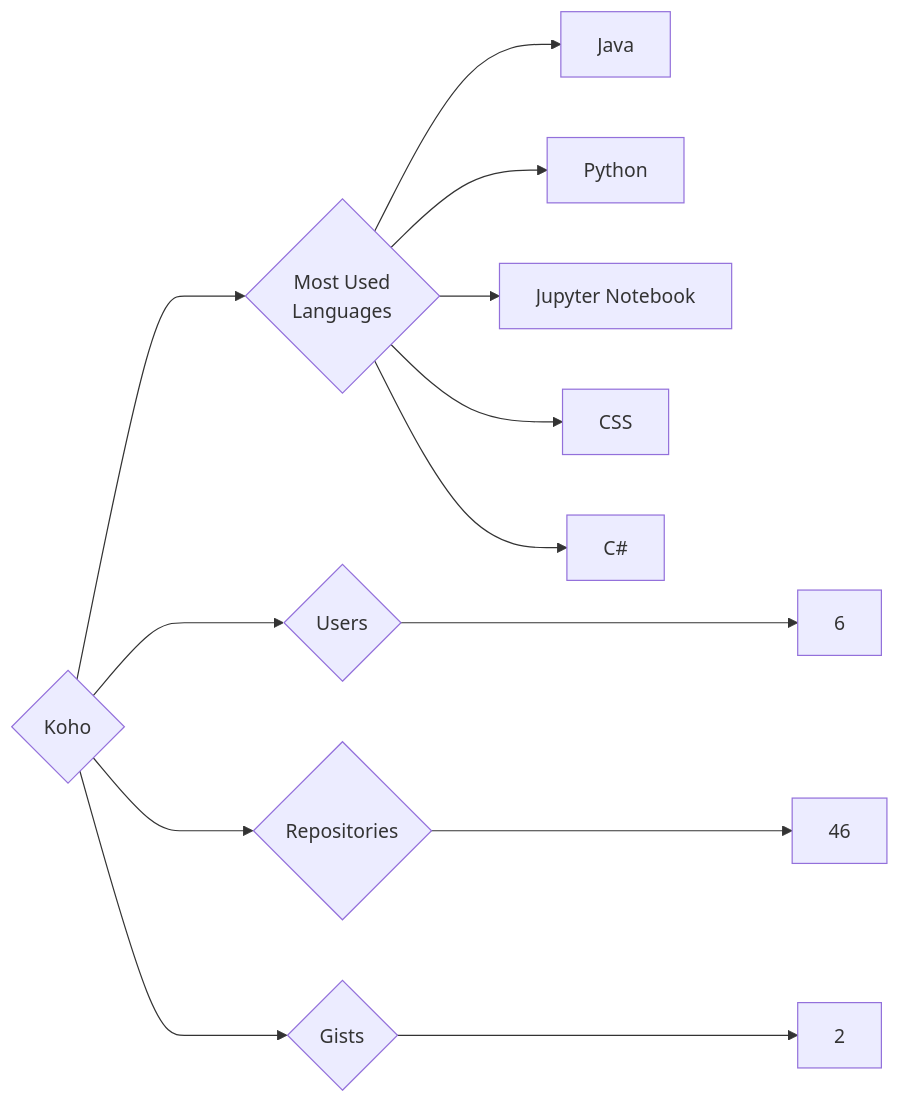
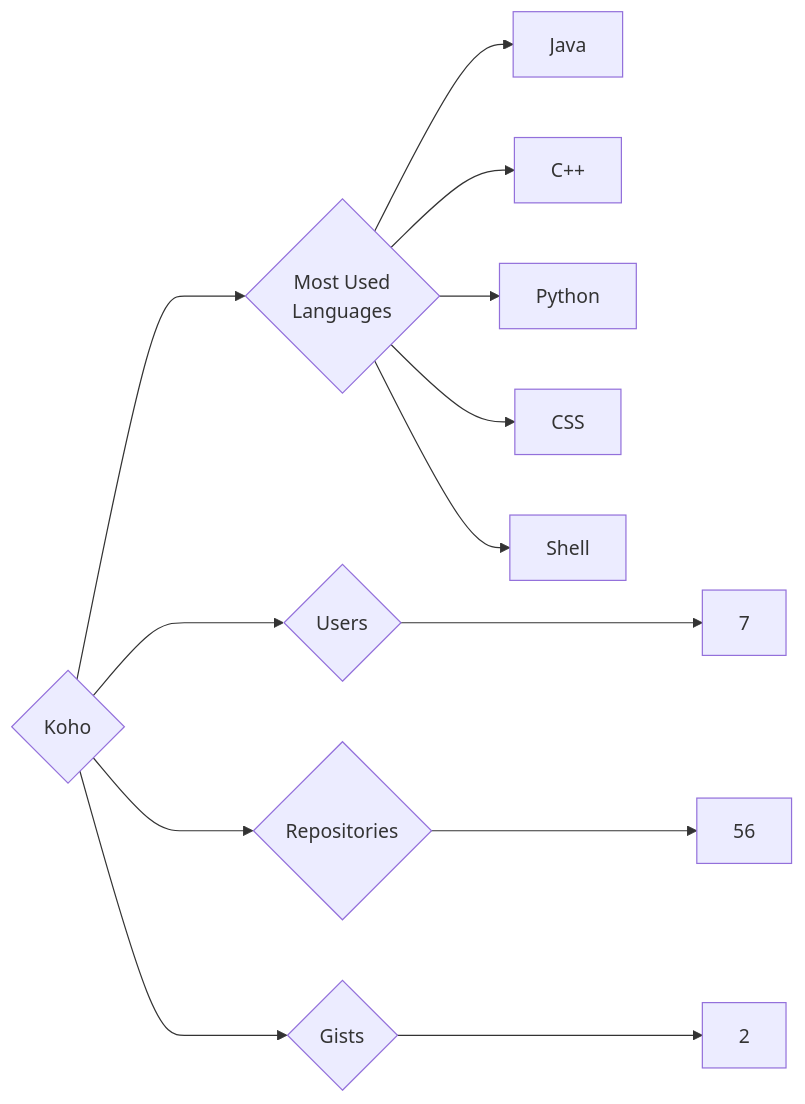
The diagram in targets/Koho/README.md (trickest/insiders), drawn with Mermaid before and after one commit. The commit also changed 823 other files, not shown here.

````diff
--- a/targets/Koho/README.md
+++ b/targets/Koho/README.md
@@ -3,13 +3,13 @@
 ```mermaid
 graph LR
 COMPANY_NAME{Koho}
-COMPANY_NAME ---> U{Users} ---> UN[6]
-COMPANY_NAME ---> R{Repositories} ---> RN[46]
+COMPANY_NAME ---> U{Users} ---> UN[7]
+COMPANY_NAME ---> R{Repositories} ---> RN[56]
 COMPANY_NAME ---> G{Gists} ---> GN[2]
 COMPANY_NAME ---> ML{Most Used<br>Languages}
 ML --> Java[Java]
+ML --> C++[C++]
 ML --> Python[Python]
-ML --> Jupyter_Notebook[Jupyter Notebook]
 ML --> CSS[CSS]
-ML --> C#[C#]
+ML --> Shell[Shell]
 ```
````
